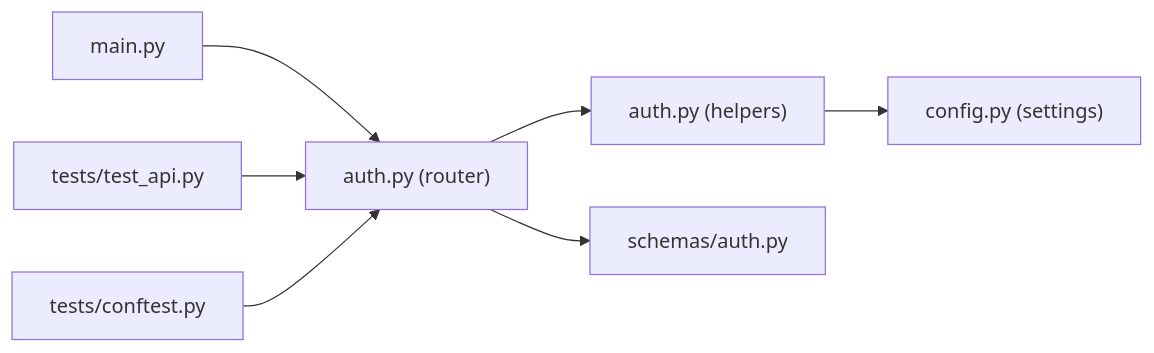
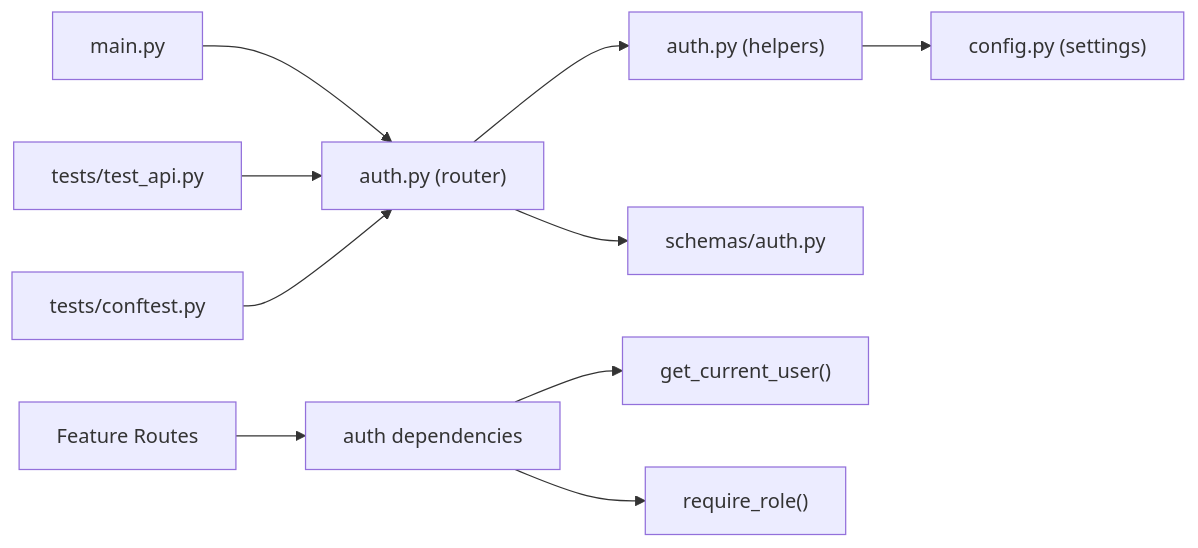
The third of 3 diagrams in .qoder/repowiki/en/content/API Reference/Authentication API.md (Zafar488/MaHifzat-Ai), drawn with Mermaid before and after one commit. The commit also changed other lines of this file and 360 other files, not shown here.

````diff
--- a/.qoder/repowiki/en/content/API Reference/Authentication API.md
+++ b/.qoder/repowiki/en/content/API Reference/Authentication API.md
@@ -218,9 +299,12 @@
 ```mermaid
 graph LR
 Main["main.py"] --> AuthRouter["auth.py (router)"]
 AuthRouter --> JWT["auth.py (helpers)"]
 JWT --> Config["config.py (settings)"]
 AuthRouter --> Schemas["schemas/auth.py"]
+FeatureRoutes["Feature Routes"] --> AuthDep["auth dependencies"]
+AuthDep --> GetCurrentUser["get_current_user()"]
+AuthDep --> RequireRole["require_role()"]
 Tests["tests/test_api.py"] --> AuthRouter
 Conftest["tests/conftest.py"] --> AuthRouter
 ```
````
